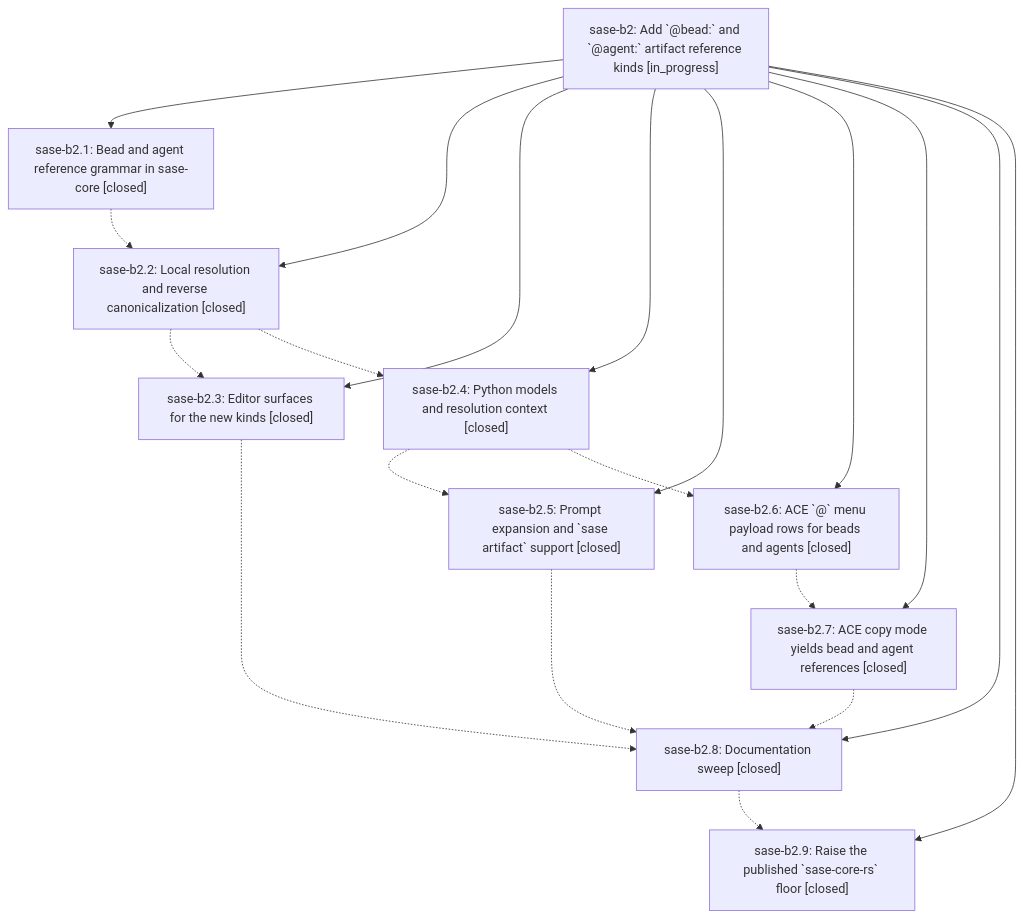
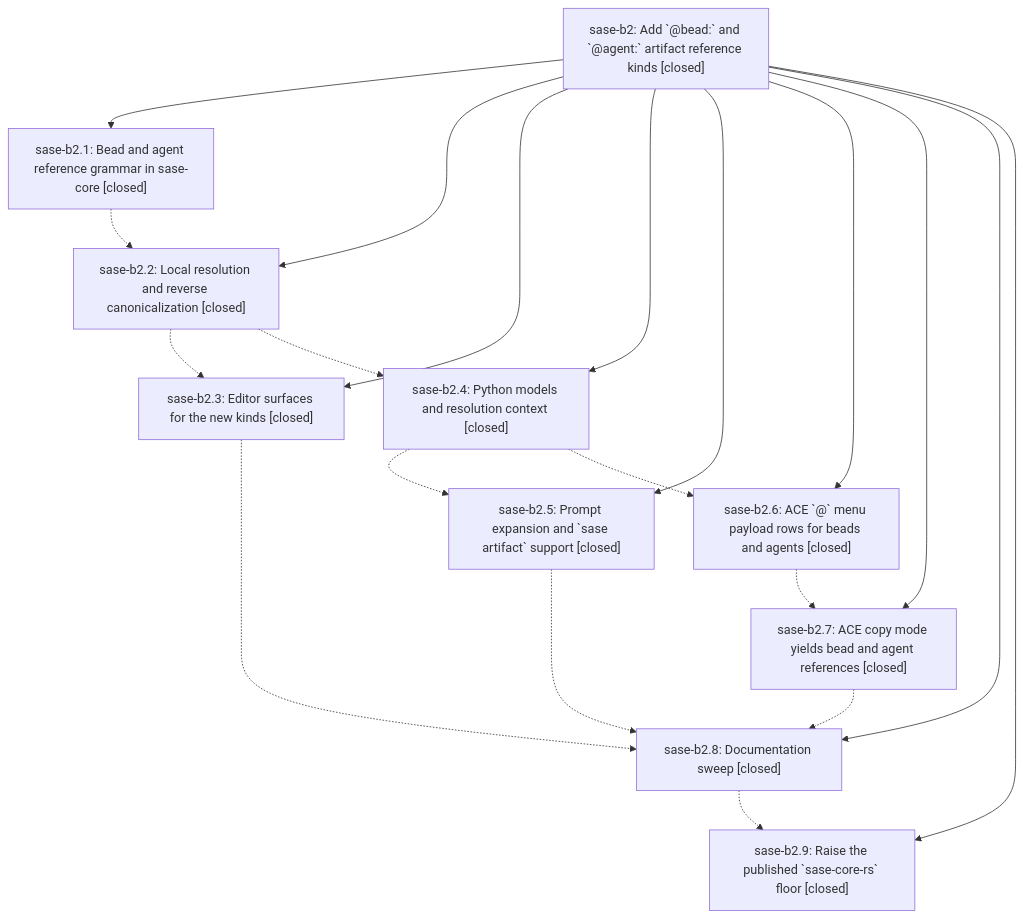
One commit to sase-org/sase--beads changed the diagram in pages/sase-b2/README.md. Above: the diagram before and after it, drawn with Mermaid. The commit also changed other lines of this file, not shown here.

First line of the commit message:
chore(beads): sync bead state and pages for sase-b2

````diff
--- a/pages/sase-b2/README.md
+++ b/pages/sase-b2/README.md
@@ -30,32 +36,32 @@
 ```mermaid
 flowchart TD
-    n0["sase-b2: Add `@bead:` and `@agent:` artifact reference kinds [in_progress]"]
+    n0["sase-b2: Add `@bead:` and `@agent:` artifact reference kinds [closed]"]
     n1["sase-b2.1: Bead and agent reference grammar in sase-core [closed]"]
     n2["sase-b2.2: Local resolution and reverse canonicalization [closed]"]
     n3["sase-b2.3: Editor surfaces for the new kinds [closed]"]
     n4["sase-b2.4: Python models and resolution context [closed]"]
     n5["sase-b2.5: Prompt expansion and `sase artifact` support [closed]"]
     n6["sase-b2.6: ACE `@` menu payload rows for beads and agents [closed]"]
     n7["sase-b2.7: ACE copy mode yields bead and agent references [closed]"]
     n8["sase-b2.8: Documentation sweep [closed]"]
     n9["sase-b2.9: Raise the published `sase-core-rs` floor [closed]"]
     n0 --> n1
     n0 --> n2
     n0 --> n3
     n0 --> n4
     n0 --> n5
     n0 --> n6
     n0 --> n7
     n0 --> n8
     n0 --> n9
     n1 -.-> n2
     n2 -.-> n3
     n2 -.-> n4
     n3 -.-> n8
     n4 -.-> n5
     n4 -.-> n6
     n5 -.-> n8
     n6 -.-> n7
     n7 -.-> n8
     n8 -.-> n9
 ```
````
